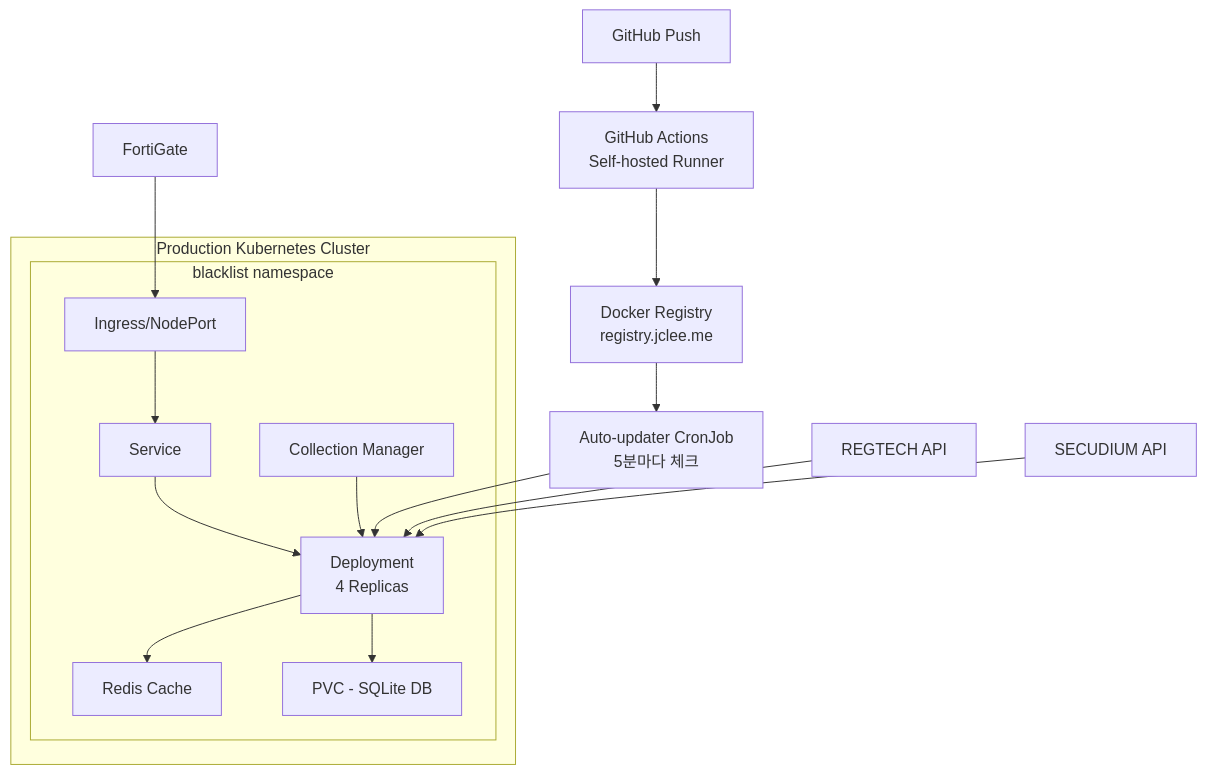
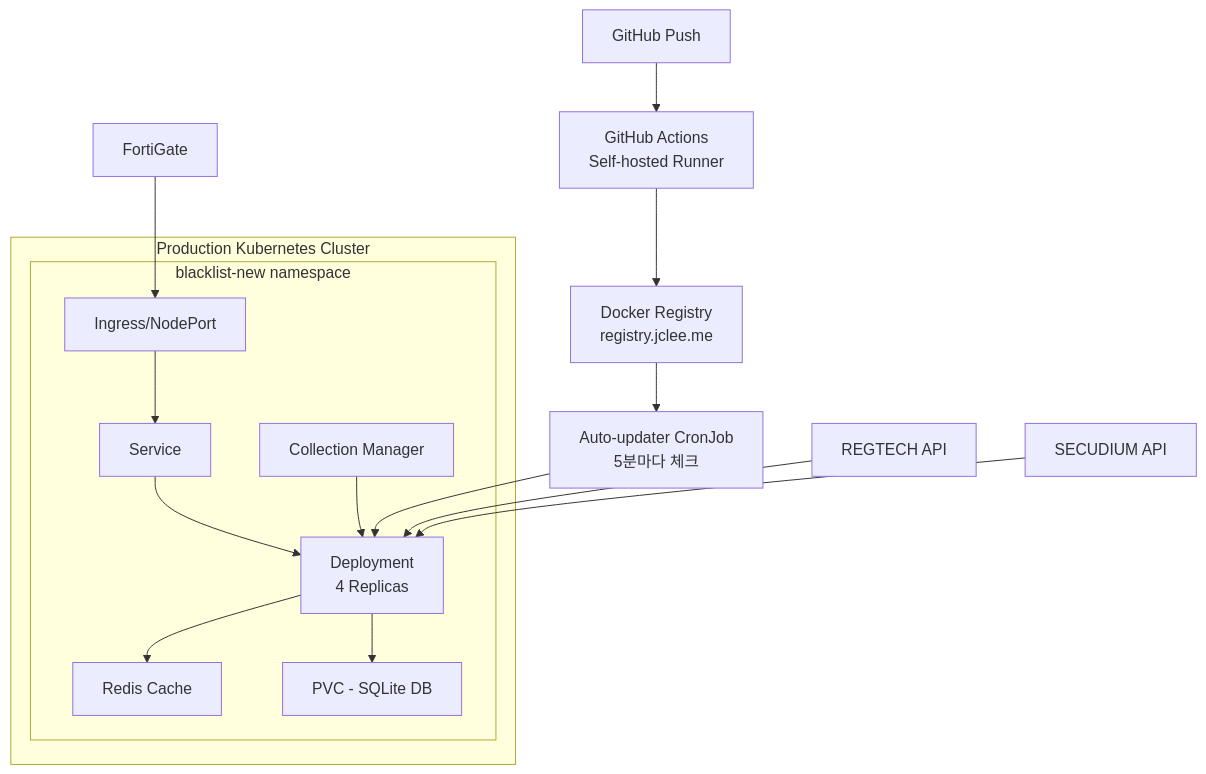
Before and after one commit to JCLEE94/blacklist: the diagram in README.md, drawn with Mermaid. The commit also changed other lines of this file, not shown here.

````diff
--- a/README.md
+++ b/README.md
@@ -12,21 +14,21 @@
 ```mermaid
 graph TB
     subgraph "Production Kubernetes Cluster"
-        subgraph "blacklist namespace"
+        subgraph "blacklist-new namespace"
             A[Ingress/NodePort] --> B[Service]
             B --> C[Deployment<br/>4 Replicas]
             C --> D[Redis Cache]
             C --> E[PVC - SQLite DB]
             F[Collection Manager] --> C
         end
     end
     
     H[GitHub Push] --> I[GitHub Actions<br/>Self-hosted Runner]
     I --> J[Docker Registry<br/>registry.jclee.me]
     J --> K[Auto-updater CronJob<br/>5분마다 체크]
     K --> C
     
     L[REGTECH API] --> C
     M[SECUDIUM API] --> C
     N[FortiGate] --> A
 ```
````
